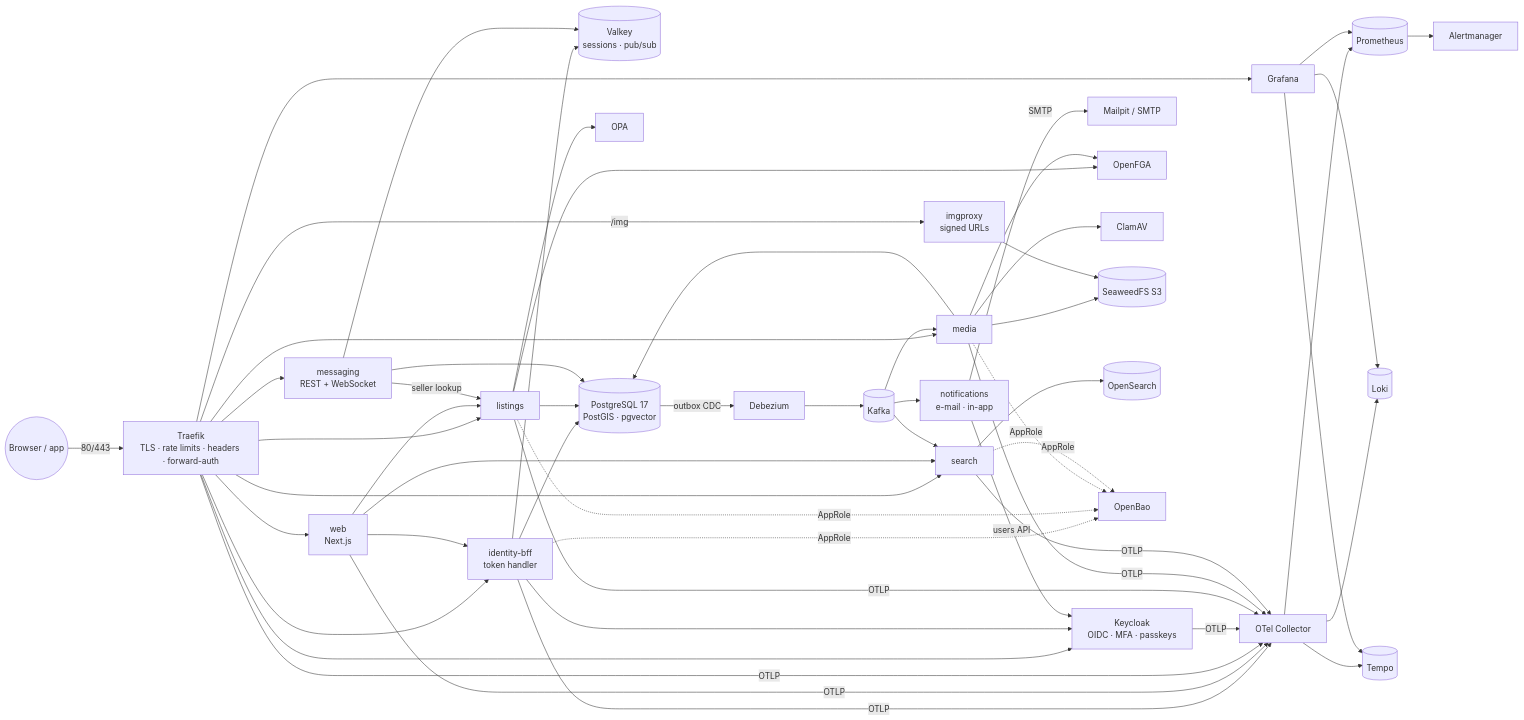
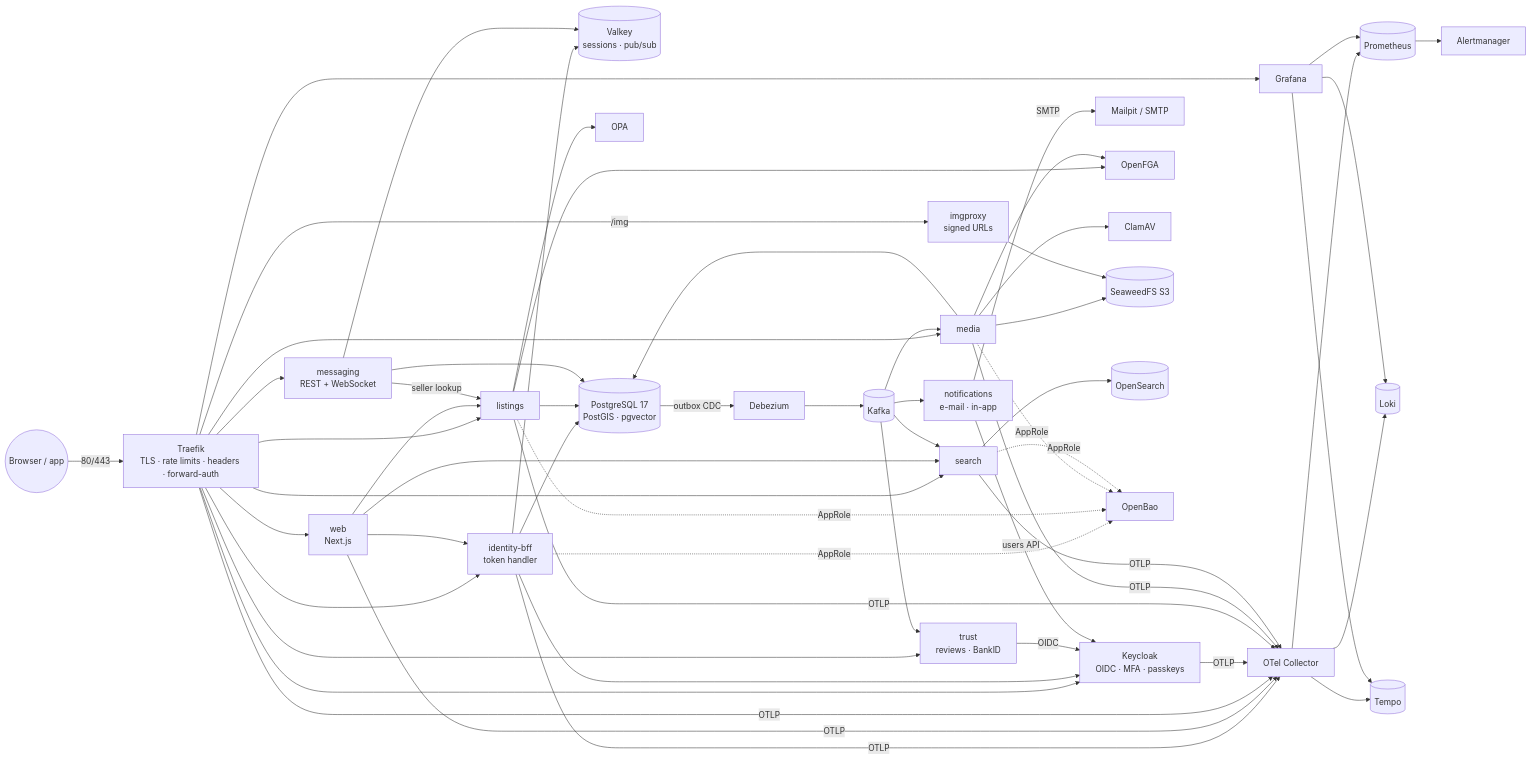
Before and after one commit to Jibsta91/raadi.com: the diagram in README.md, drawn with Mermaid. The commit also changed other lines of this file and 93 other files, not shown here.

First line of the commit message:
Phase 3: reviews and trust (reviews after a sale, BankID verification) (#2)

````diff
--- a/README.md
+++ b/README.md
@@ -39,31 +44,33 @@
 ```mermaid
 flowchart LR
   U((Browser / app)) -->|80/443| T[Traefik<br/>TLS · rate limits · headers · forward-auth]
   T --> W[web<br/>Next.js]
   T --> B[identity-bff<br/>token handler]
-  T --> LS[listings] & SE[search] & ME[media] & MS[messaging<br/>REST + WebSocket]
+  T --> LS[listings] & SE[search] & ME[media] & MS[messaging<br/>REST + WebSocket] & TR
   T -->|/img| IP[imgproxy<br/>signed URLs]
   T --> K[Keycloak<br/>OIDC · MFA · passkeys]
   T --> G[Grafana]
   W --> B & SE & LS
   B --> K
   B --> V[(Valkey<br/>sessions · pub/sub)]
   MS --> V
   KA --> NO[notifications<br/>e-mail · in-app]
+  KA --> TR[trust<br/>reviews · BankID]
+  TR -->|OIDC| K
   NO -->|SMTP| ML[Mailpit / SMTP]
   NO -->|users API| K
   MS -->|seller lookup| LS
   B & LS & ME & MS --> P[(PostgreSQL 17<br/>PostGIS · pgvector)]
   LS & ME --> FGA[OpenFGA]
   LS --> OPA[OPA]
   ME --> AV[ClamAV] & S3[(SeaweedFS S3)]
   IP --> S3
   P -->|outbox CDC| DBZ[Debezium] --> KA[(Kafka)]
   KA --> SE & ME
   SE --> OS[(OpenSearch)]
   B & LS & ME & SE -.->|AppRole| O[OpenBao]
   B & W & T & K & LS & ME & SE -->|OTLP| C[OTel Collector]
   C --> PR[(Prometheus)] & L[(Loki)] & TE[(Tempo)]
   PR --> AM[Alertmanager]
   G --> PR & L & TE
 ```
````
